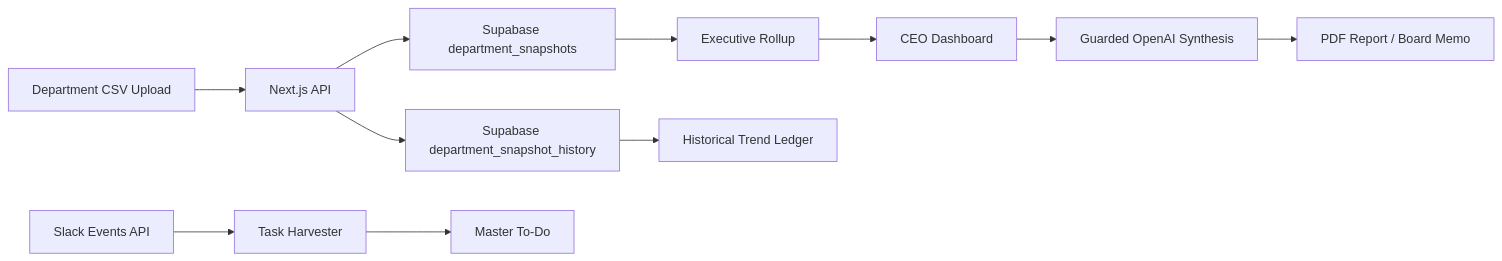
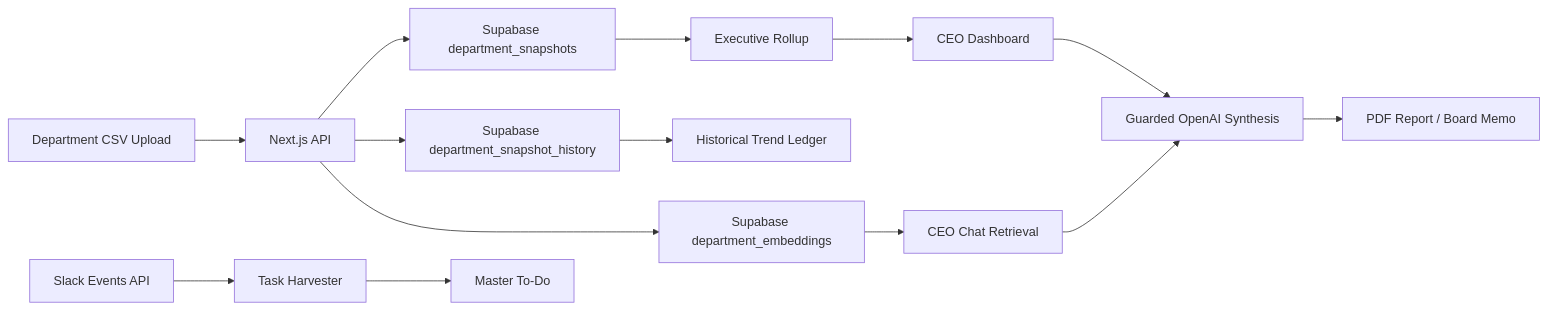
Before and after one commit to suhasbhairav/ai-chief-of-staff: the diagram in README.md, drawn with Mermaid. The commit also changed other lines of this file and 9 other files, not shown here.

Commit message:
added ceo chat

````diff
--- a/README.md
+++ b/README.md
@@ -219,13 +235,16 @@
 ```mermaid
 flowchart LR
   A[Department CSV Upload] --> B[Next.js API]
   B --> C[Supabase department_snapshots]
   B --> D[Supabase department_snapshot_history]
+  B --> M[Supabase department_embeddings]
   C --> E[Executive Rollup]
   D --> F[Historical Trend Ledger]
+  M --> N[CEO Chat Retrieval]
   E --> G[CEO Dashboard]
   G --> H[Guarded OpenAI Synthesis]
+  N --> H
   H --> I[PDF Report / Board Memo]
   J[Slack Events API] --> K[Task Harvester]
   K --> L[Master To-Do]
 ```
````
